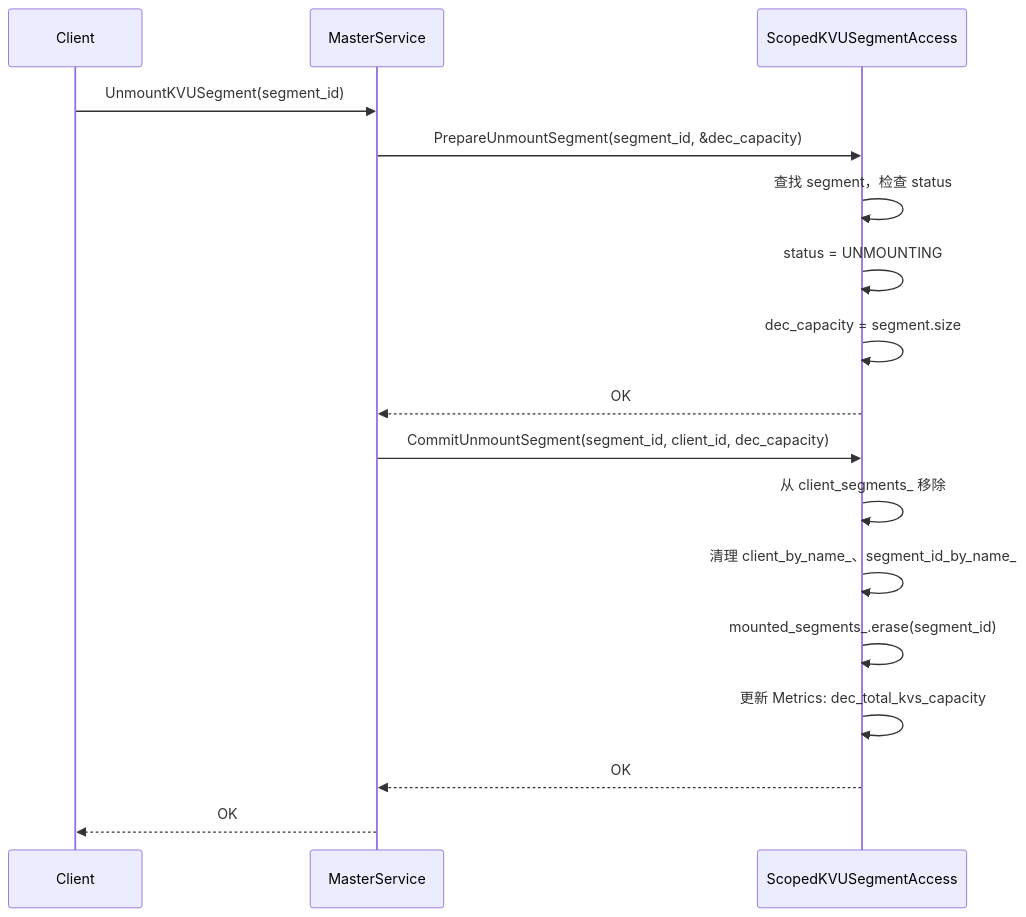
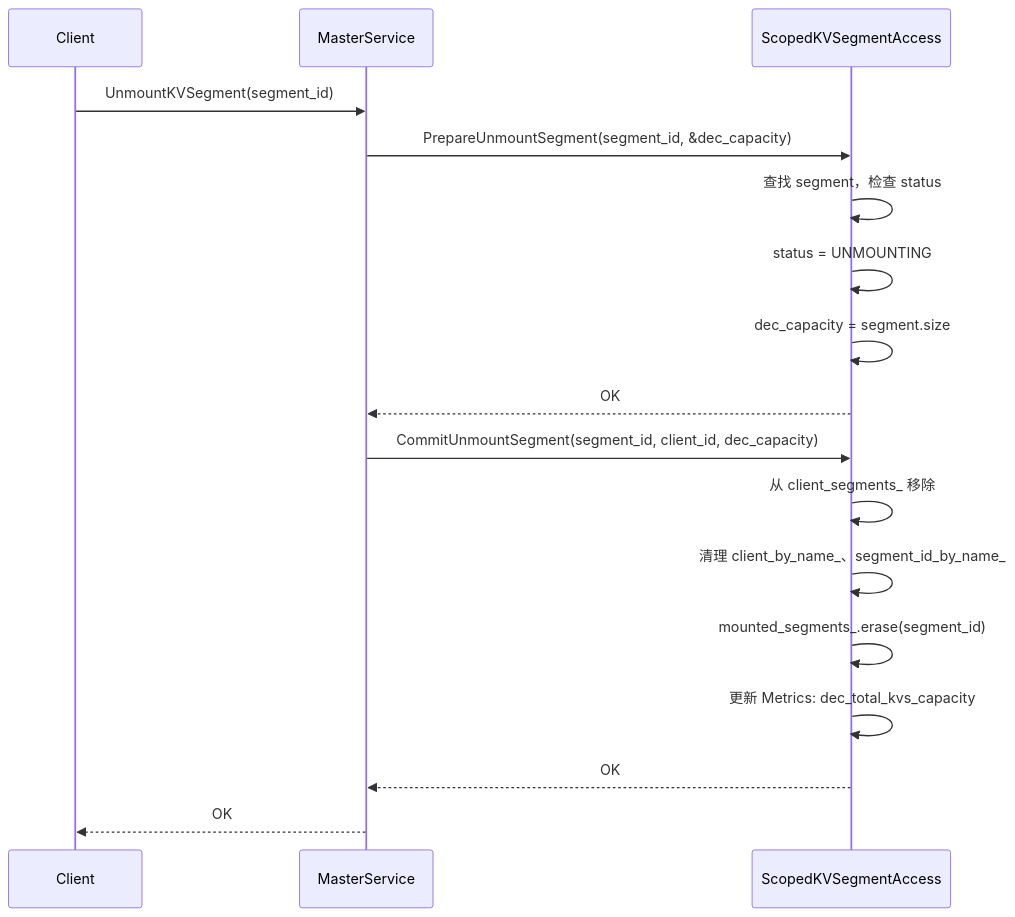
One commit to yz53665/Mooncake changed the eighth of 10 diagrams in mooncake-store/docs/KVUSegment_design.md. Above: the diagram before and after it, drawn with Mermaid. The commit also changed other lines of this file, not shown here.

````diff
--- a/mooncake-store/docs/KVUSegment_design.md
+++ b/mooncake-store/docs/KVUSegment_design.md
@@ -336,23 +376,23 @@
 ```mermaid
 sequenceDiagram
     participant Client
     participant MS as MasterService
-    participant SA as ScopedKVUSegmentAccess
+    participant SA as ScopedKVSegmentAccess
 
-    Client->>MS: UnmountKVUSegment(segment_id)
+    Client->>MS: UnmountKVSegment(segment_id)
 
     MS->>SA: PrepareUnmountSegment(segment_id, &dec_capacity)
     SA->>SA: 查找 segment，检查 status
     SA->>SA: status = UNMOUNTING
     SA->>SA: dec_capacity = segment.size
     SA-->>MS: OK
 
     MS->>SA: CommitUnmountSegment(segment_id, client_id, dec_capacity)
     SA->>SA: 从 client_segments_ 移除
     SA->>SA: 清理 client_by_name_、segment_id_by_name_
     SA->>SA: mounted_segments_.erase(segment_id)
     SA->>SA: 更新 Metrics: dec_total_kvs_capacity
     SA-->>MS: OK
 
     MS-->>Client: OK
 ```
````
